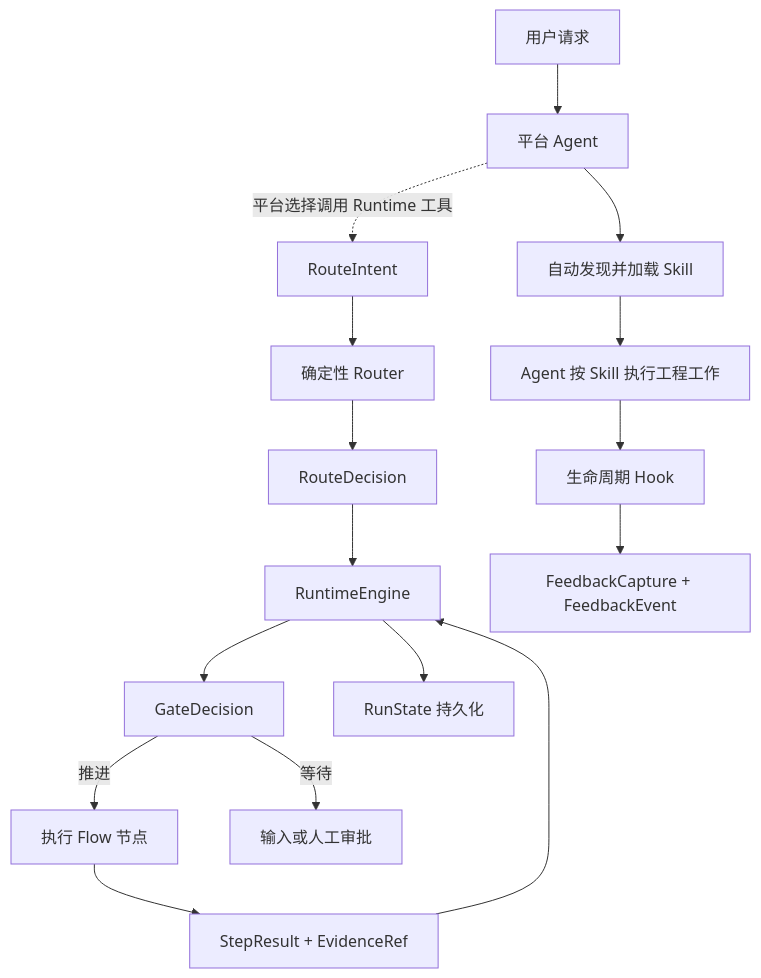
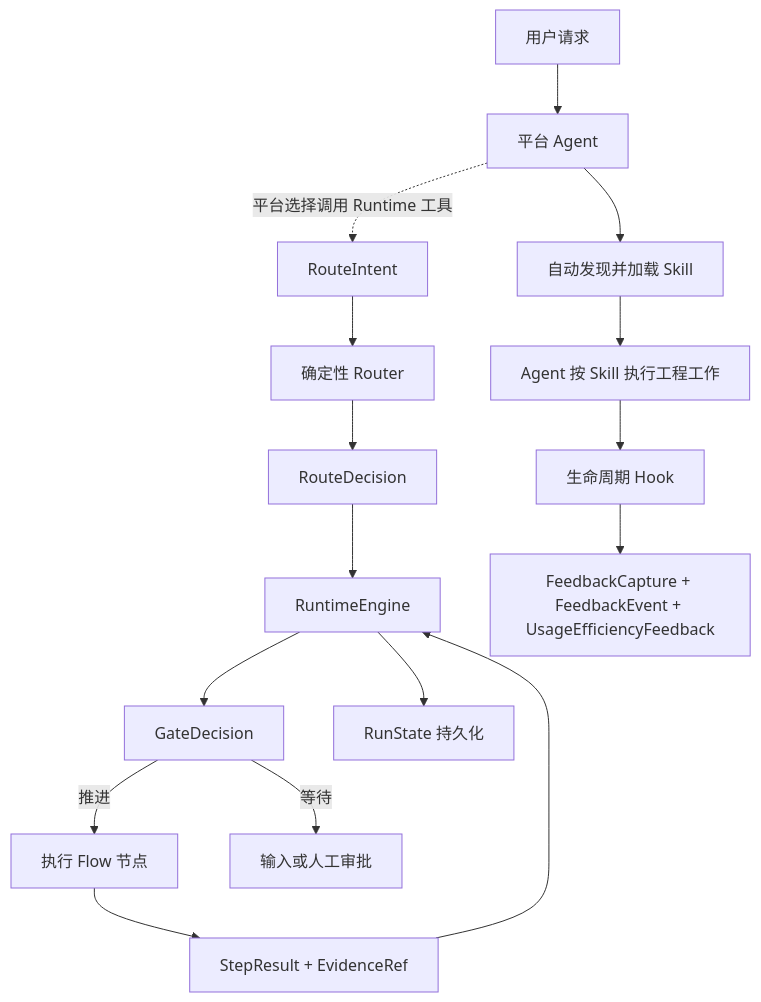
The diagram in README.md (snbc-qihang/agent-skills), drawn with Mermaid before and after one commit. The commit also changed other lines of this file and 69 other files, not shown here.

````diff
--- a/README.md
+++ b/README.md
@@ -168,19 +171,19 @@
 ```mermaid
 flowchart TB
     U["用户请求"] --> A["平台 Agent"]
     A --> K["自动发现并加载 Skill"]
     K --> W["Agent 按 Skill 执行工程工作"]
 
     A -. "平台选择调用 Runtime 工具" .-> I["RouteIntent"]
     I --> R["确定性 Router"]
     R --> D["RouteDecision"]
     D --> E["RuntimeEngine"]
     E --> G["GateDecision"]
     G -->|推进| S["执行 Flow 节点"]
     G -->|等待| H["输入或人工审批"]
     S --> X["StepResult + EvidenceRef"]
     X --> E
     E --> P["RunState 持久化"]
     W --> F["生命周期 Hook"]
-    F --> C["FeedbackCapture + FeedbackEvent"]
+    F --> C["FeedbackCapture + FeedbackEvent + UsageEfficiencyFeedback"]
 ```
````
